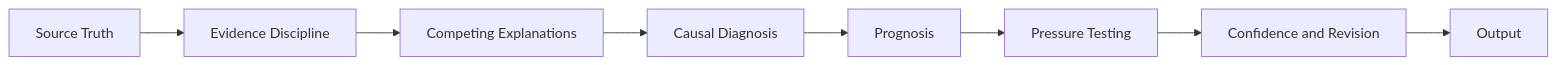
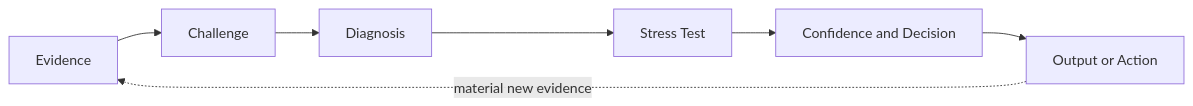
One commit to sschoenfeld-scotty/gtm-ai-reasoning-systems changed the first of 2 diagrams in README.md. Above: the diagram before and after it, drawn with Mermaid. The commit also changed other lines of this file and 1 other file, not shown here.

````diff
--- a/README.md
+++ b/README.md
@@ -63,10 +51,9 @@
 ```mermaid
 flowchart LR
-    A[Source Truth] --> B[Evidence Discipline]
-    B --> C[Competing Explanations]
-    C --> D[Causal Diagnosis]
-    D --> E[Prognosis]
-    E --> F[Pressure Testing]
-    F --> G[Confidence and Revision]
-    G --> H[Output]
+    A[Evidence] --> B[Challenge]
+    B --> C[Diagnosis]
+    C --> D[Stress Test]
+    D --> E[Confidence and Decision]
+    E --> F[Output or Action]
+    F -. material new evidence .-> A
 ```
````
